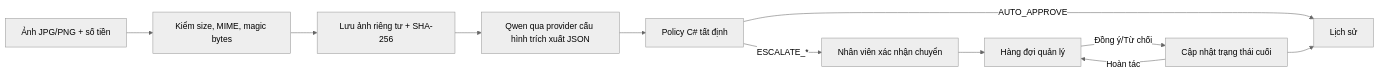
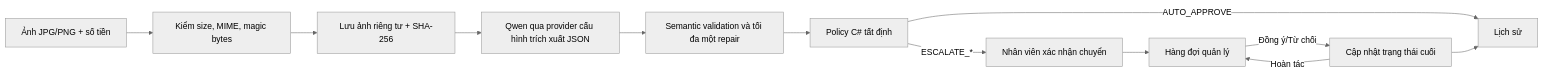
The diagram in AURA/submission/AURA_WORKFLOW_SPEC.md (BondPhuPhamzZ/AURA), drawn with Mermaid (neutral theme) before and after one commit. The commit also changed other lines of this file and 11 other files, not shown here.

````diff
--- a/AURA/submission/AURA_WORKFLOW_SPEC.md
+++ b/AURA/submission/AURA_WORKFLOW_SPEC.md
@@ -18,13 +18,14 @@
 ```mermaid
 flowchart LR
     A[Ảnh JPG/PNG + số tiền] --> B[Kiểm size, MIME, magic bytes]
     B --> C[Lưu ảnh riêng tư + SHA-256]
     C --> D[Qwen qua provider cấu hình trích xuất JSON]
-    D --> E[Policy C# tất định]
+    D --> V[Semantic validation và tối đa một repair]
+    V --> E[Policy C# tất định]
     E -->|AUTO_APPROVE| F[Lịch sử]
     E -->|ESCALATE_*| G[Nhân viên xác nhận chuyển]
     G --> H[Hàng đợi quản lý]
     H -->|Đồng ý/Từ chối| I[Cập nhật trạng thái cuối]
     I --> F
     I -->|Hoàn tác| H
 ```
````
